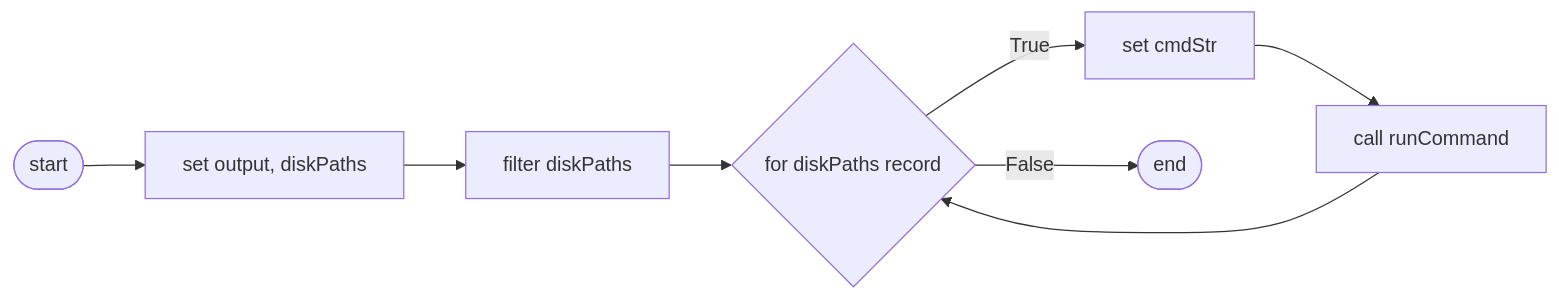
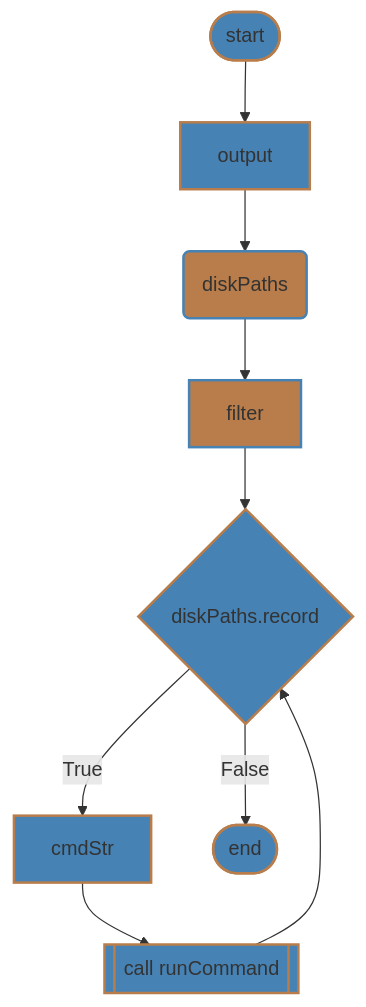
The fourth of 4 diagrams in scripts/commands/design.md (7s4e/p3), drawn with Mermaid before and after one commit. The commit also changed other lines of this file and 1 other file, not shown here.

````diff
--- a/scripts/commands/design.md
+++ b/scripts/commands/design.md
@@ -107,17 +122,21 @@
 ```mermaid
-flowchart LR
-    STR([start])
-        STR --> SET1
-    SET1[set output, diskPaths]
-        SET1 --> FLTR
-    FLTR[filter diskPaths]
-        FLTR --> FOR
-    FOR{for diskPaths record}
-        FOR -- True --> SET2
-        FOR -- False --> END
-    SET2[set cmdStr]
-        SET2 --> CALL
-    CALL[call runCommand]
-        CALL --> FOR
-    END([end])
+flowchart
+    classDef shape fill:#4682b4,stroke:#b97d4b,stroke-width:2px
+    classDef alt fill:#b97d4b,stroke:#4682b4,stroke-width:2px
+    STRT([start]):::shape
+        STRT --> SOUT
+    SOUT[output]:::shape
+        SOUT --> STDP
+    STDP(diskPaths):::alt
+        STDP --> FLTR
+    FLTR[filter]:::alt
+        FLTR --> FRLP
+    FRLP{diskPaths.record}:::shape
+        FRLP -- True  --> SCMS
+        RCMD          --> FRLP
+        FRLP -- False --> TEND
+    SCMS[cmdStr]:::shape
+        SCMS --> RCMD
+    RCMD[[call runCommand]]:::shape
+    TEND([end]):::shape
 ```
````
